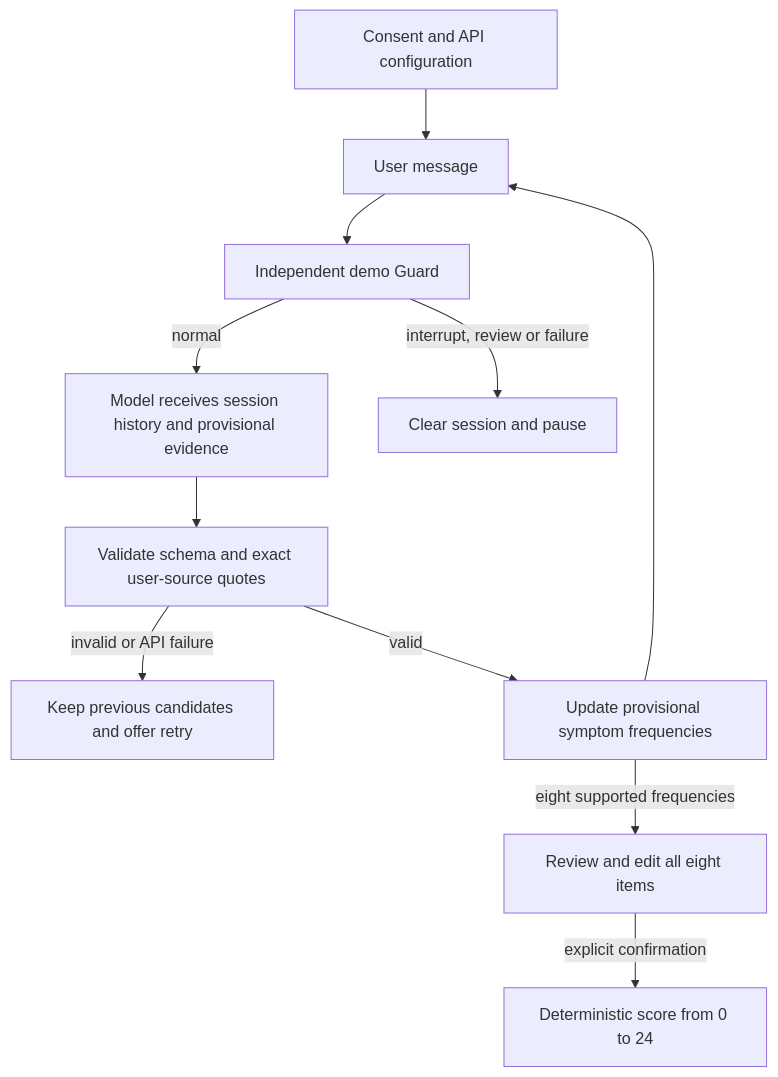
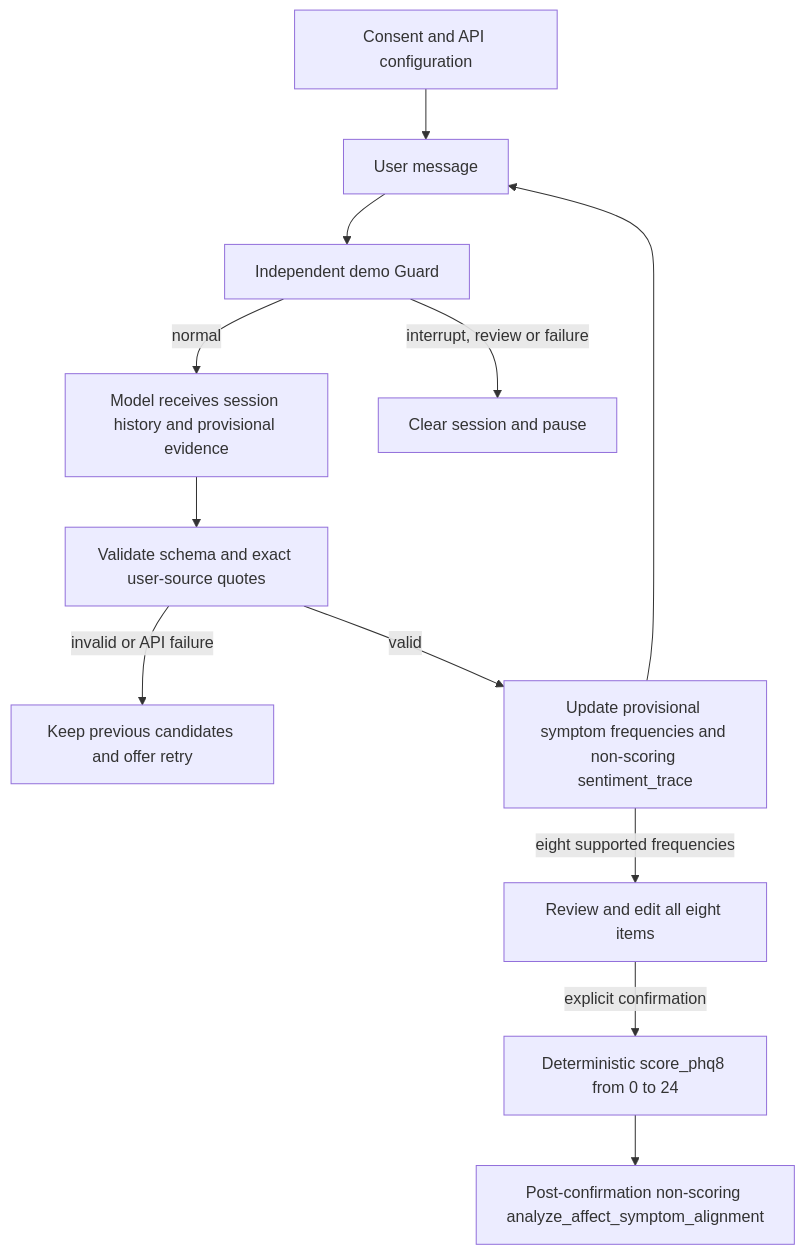
Before and after one commit to oscarchan658-ship-it/seem-fyp: the diagram in architecture.md, drawn with Mermaid. The commit also changed other lines of this file and 20 other files, not shown here.

Commit message:
Add dual-channel affect-symptom alignment, S1 evaluation suite, and Semester 1 report

````diff
--- a/architecture.md
+++ b/architecture.md
@@ -5,13 +5,14 @@
 ```mermaid
 flowchart TD
     A[Consent and API configuration] --> B[User message]
     B --> C[Independent demo Guard]
     C -->|normal| D[Model receives session history and provisional evidence]
     C -->|interrupt, review or failure| X[Clear session and pause]
     D --> E[Validate schema and exact user-source quotes]
     E -->|invalid or API failure| F[Keep previous candidates and offer retry]
-    E -->|valid| G[Update provisional symptom frequencies]
+    E -->|valid| G[Update provisional symptom frequencies and non-scoring sentiment_trace]
     G --> B
     G -->|eight supported frequencies| H[Review and edit all eight items]
-    H -->|explicit confirmation| I[Deterministic score from 0 to 24]
+    H -->|explicit confirmation| I[Deterministic score_phq8 from 0 to 24]
+    I --> J[Post-confirmation non-scoring analyze_affect_symptom_alignment]
 ```
````
